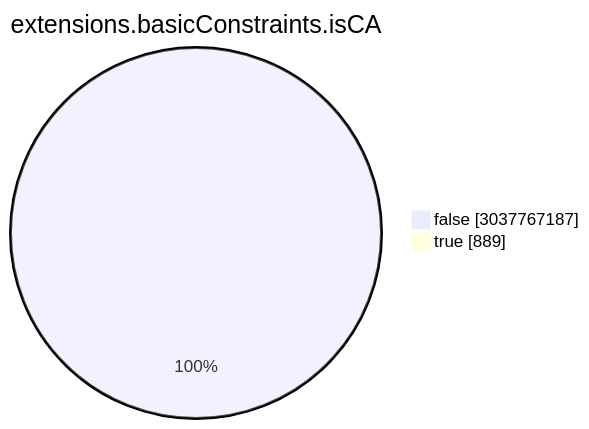
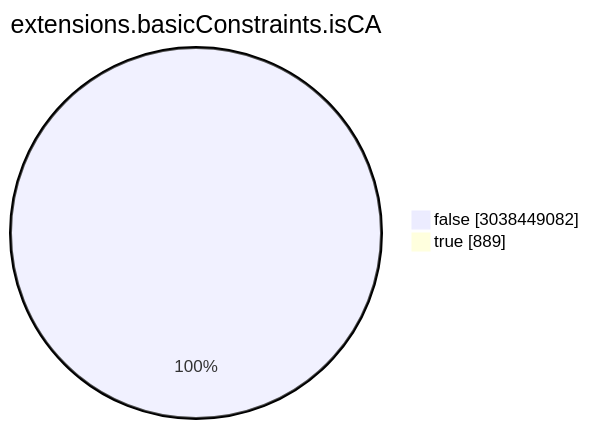
The seventh of 15 diagrams in TOTAL/README.md (christiankrug/ctmonitor_visualization), drawn with Mermaid before and after one commit. The commit also changed other lines of this file, not shown here.

````diff
--- a/TOTAL/README.md
+++ b/TOTAL/README.md
@@ -3086,6 +3086,6 @@
 ```mermaid
 pie showData
 title extensions.basicConstraints.isCA
-"false" :3037767187
+"false" :3038449082
 "true" :889
 ```
````
